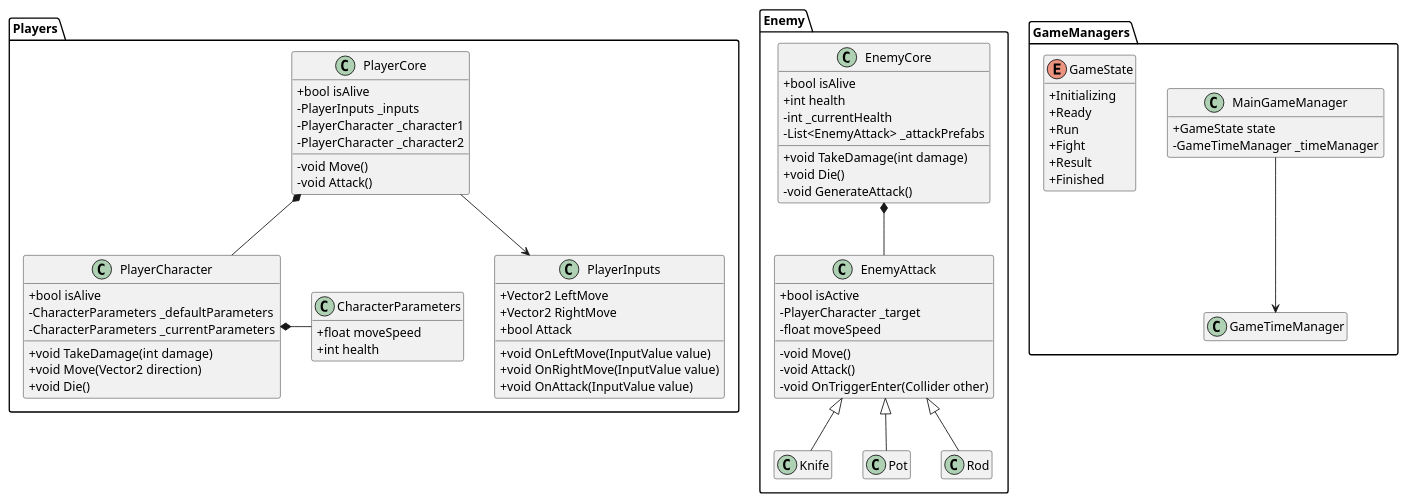
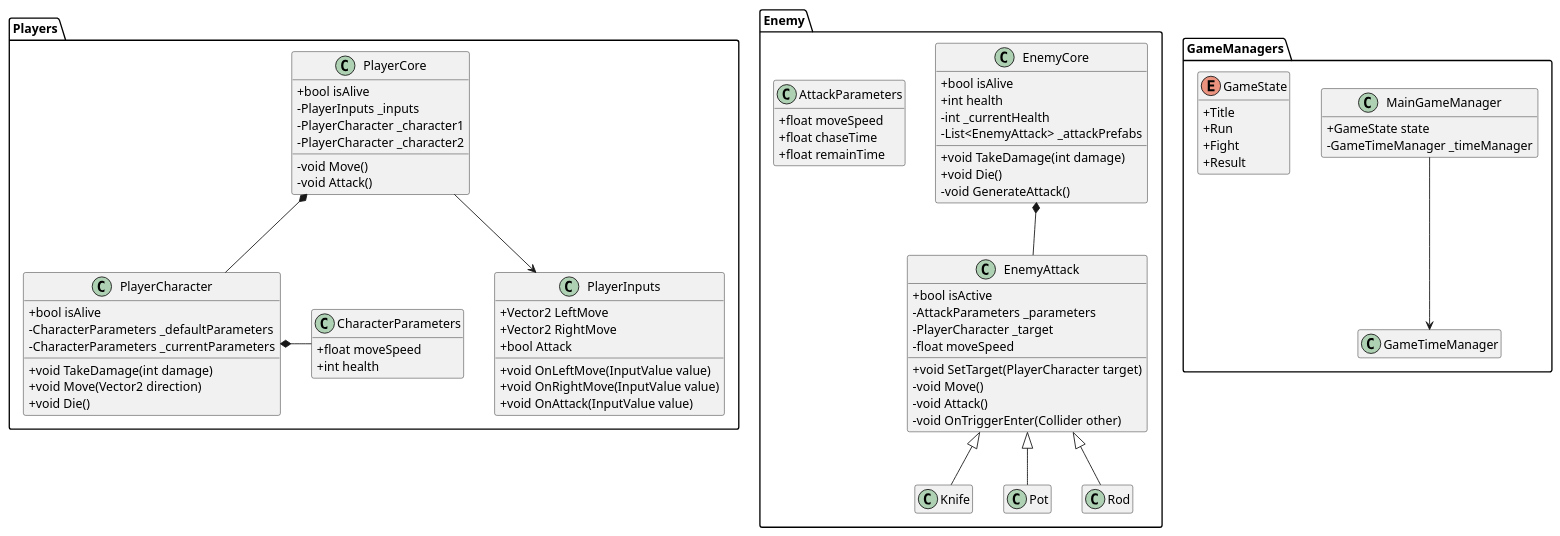
The diagram in UML/class.pu (asterisk-cn/BSGJ-E1), drawn with PlantUML before and after one commit.

Commit message:
add: attack parameters

```diff
--- a/UML/class.pu
+++ b/UML/class.pu
@@ -1,101 +1,107 @@
 @startuml Class
 skinparam classAttributeIconSize 0
 hide empty members
 
 namespace Players {
     class CharacterParameters{
         + float moveSpeed
         + int health
     }
 
     class PlayerInputs{
         + Vector2 LeftMove
         + Vector2 RightMove
         + bool Attack
 
         + void OnLeftMove(InputValue value)
         + void OnRightMove(InputValue value)
         + void OnAttack(InputValue value)
     }
 
 
     class PlayerCore {
         + bool isAlive
         - PlayerInputs _inputs
         - PlayerCharacter _character1
         - PlayerCharacter _character2
 
         - void Move()
         - void Attack()
     }
 
     PlayerCore --> PlayerInputs
 
     class PlayerCharacter {
         + bool isAlive
         - CharacterParameters _defaultParameters
         - CharacterParameters _currentParameters
 
         + void TakeDamage(int damage)
         + void Move(Vector2 direction)
         + void Die()
     }
 
     PlayerCharacter *- CharacterParameters
     PlayerCore *-- PlayerCharacter
 }
 
 namespace Enemy {
     class EnemyCore {
         + bool isAlive
         + int health
         - int _currentHealth
         - List<EnemyAttack> _attackPrefabs
 
         + void TakeDamage(int damage)
         + void Die()
         - void GenerateAttack()
     }
 
+    class AttackParameters {
+        + float moveSpeed
+        + float chaseTime
+        + float remainTime
+    }
+
     class EnemyAttack {
         + bool isActive
+        - AttackParameters _parameters
         - PlayerCharacter _target
         - float moveSpeed
 
+        + void SetTarget(PlayerCharacter target)
         - void Move()
         - void Attack()
         - void OnTriggerEnter(Collider other)
     }
 
     EnemyCore *-- EnemyAttack
 
     class Knife
     class Pot
     Class Rod
 
     EnemyAttack <|-- Knife
     EnemyAttack <|-- Pot
     EnemyAttack <|-- Rod
 }
 
 namespace GameManagers {
     class MainGameManager {
         + GameState state
         - GameTimeManager _timeManager
     }
 
     enum GameState{
-        + Initializing
-        + Ready
+        + Title
         + Run
         + Fight
         + Result
-        + Finished
     }
 
     class GameTimeManager
 
     MainGameManager --> GameTimeManager
 }
 
 @enduml
```
